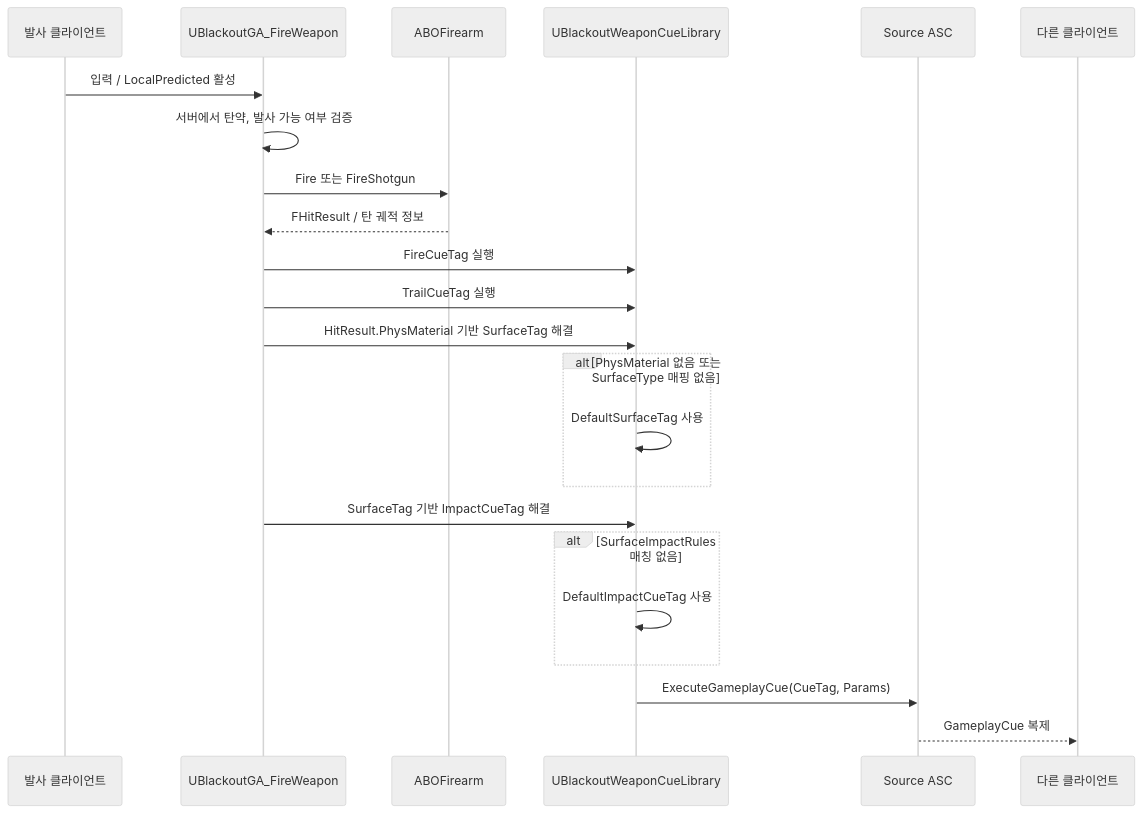
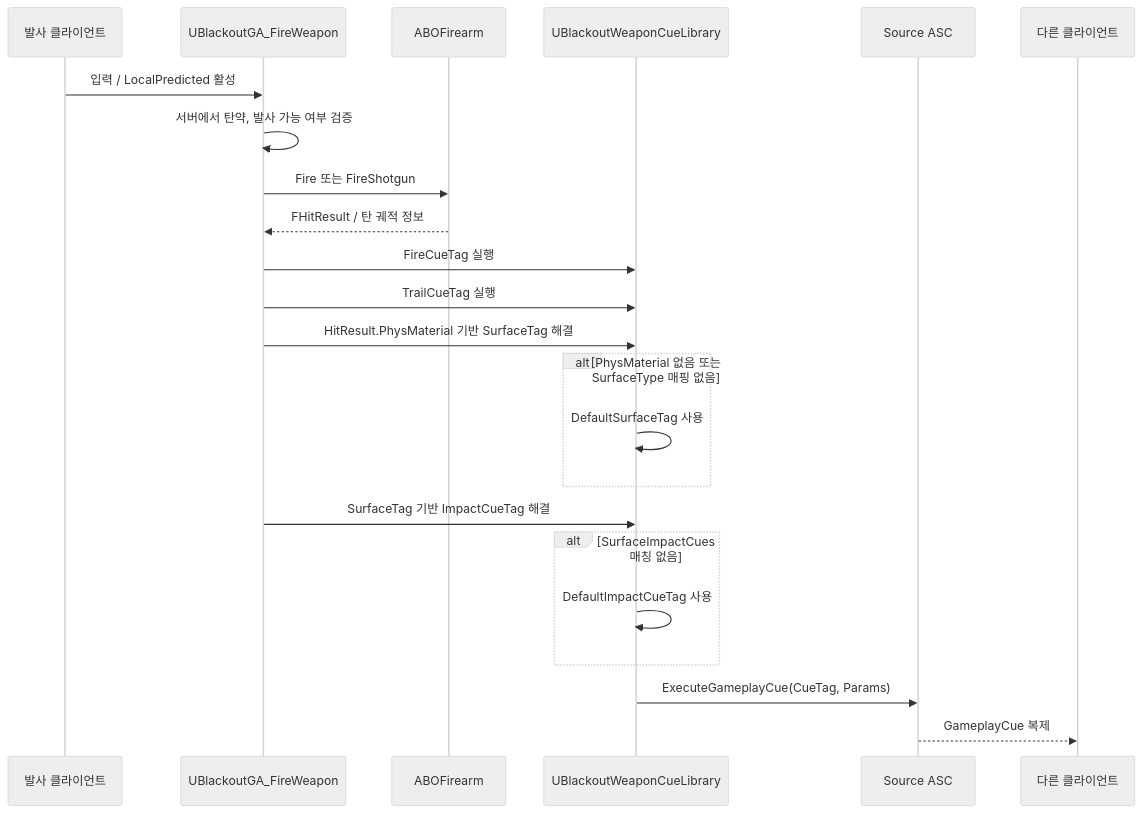
Before and after one commit to seongwon1579/ProjectBlackout: the second of 2 diagrams in Docs/Combat/10_Weapon_GameplayCue_Set.md, drawn with Mermaid (neutral theme). The commit also changed other lines of this file and 2 other files, not shown here.

````diff
--- a/Docs/Combat/10_Weapon_GameplayCue_Set.md
+++ b/Docs/Combat/10_Weapon_GameplayCue_Set.md
@@ -159,26 +151,26 @@
 ```mermaid
 sequenceDiagram
     participant Client as 발사 클라이언트
     participant GA as UBlackoutGA_FireWeapon
     participant Weapon as ABOFirearm
     participant CueLib as UBlackoutWeaponCueLibrary
     participant ASC as Source ASC
     participant Others as 다른 클라이언트
 
     Client->>GA: 입력 / LocalPredicted 활성
     GA->>GA: 서버에서 탄약, 발사 가능 여부 검증
     GA->>Weapon: Fire 또는 FireShotgun
     Weapon-->>GA: FHitResult / 탄 궤적 정보
     GA->>CueLib: FireCueTag 실행
     GA->>CueLib: TrailCueTag 실행
     GA->>CueLib: HitResult.PhysMaterial 기반 SurfaceTag 해결
     alt PhysMaterial 없음 또는 SurfaceType 매핑 없음
         CueLib->>CueLib: DefaultSurfaceTag 사용
     end
     GA->>CueLib: SurfaceTag 기반 ImpactCueTag 해결
-    alt SurfaceImpactRules 매칭 없음
+    alt SurfaceImpactCues 매칭 없음
         CueLib->>CueLib: DefaultImpactCueTag 사용
     end
     CueLib->>ASC: ExecuteGameplayCue(CueTag, Params)
     ASC-->>Others: GameplayCue 복제
 ```
````
